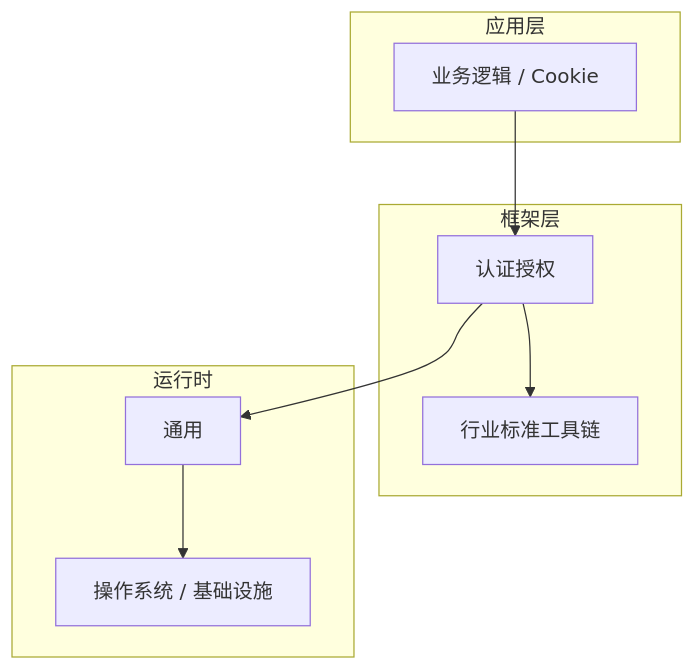
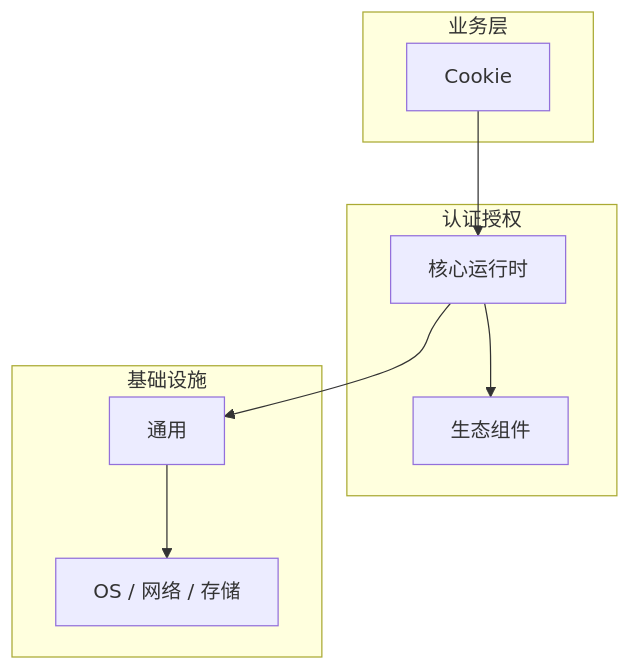
Before and after one commit to yanggan2015/knowledge-json-v2: the diagram in articles/认证授权/chapters/013-Cookie核心概念与原理.md, drawn with Mermaid. The commit also changed other lines of this file and 10127 other files, not shown here.

````diff
--- a/articles/认证授权/chapters/013-Cookie核心概念与原理.md
+++ b/articles/认证授权/chapters/013-Cookie核心概念与原理.md
@@ -45,18 +34,18 @@
 ```mermaid
 graph TB
-    subgraph 应用层
-        A[业务逻辑 / Cookie]
+    subgraph 业务层
+        A[Cookie]
     end
-    subgraph 框架层
-        B[认证授权]
-        C[行业标准工具链]
+    subgraph 认证授权
+        B[核心运行时]
+        C[生态组件]
     end
-    subgraph 运行时
+    subgraph 基础设施
         D[通用]
-        E[操作系统 / 基础设施]
+        E[OS / 网络 / 存储]
     end
     A --> B
     B --> C
     B --> D
     D --> E
 ```
````
